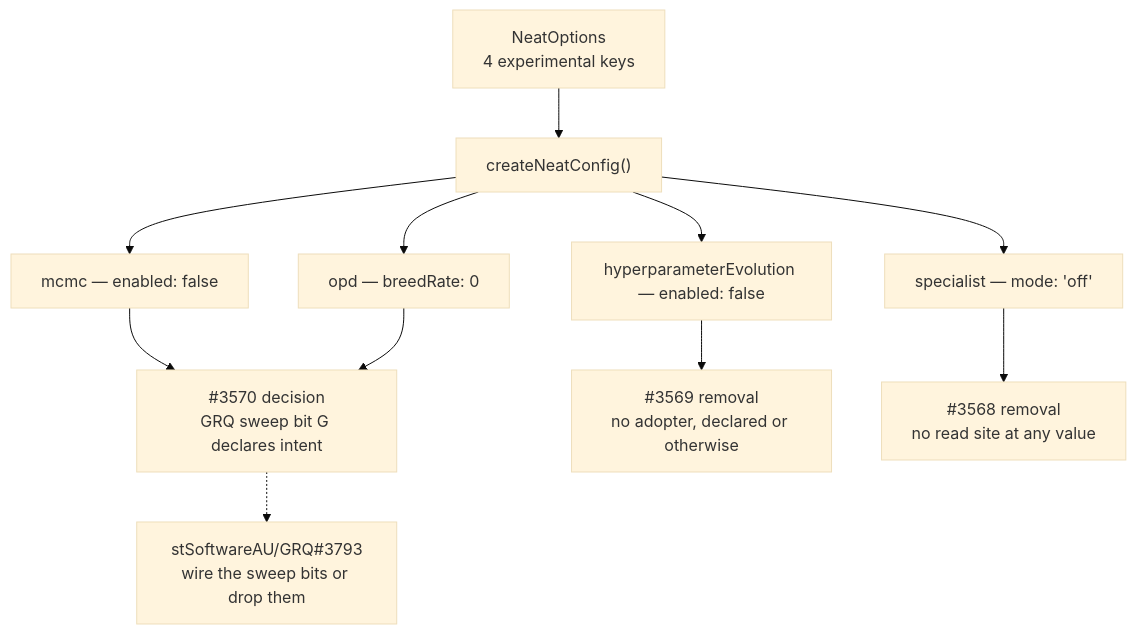
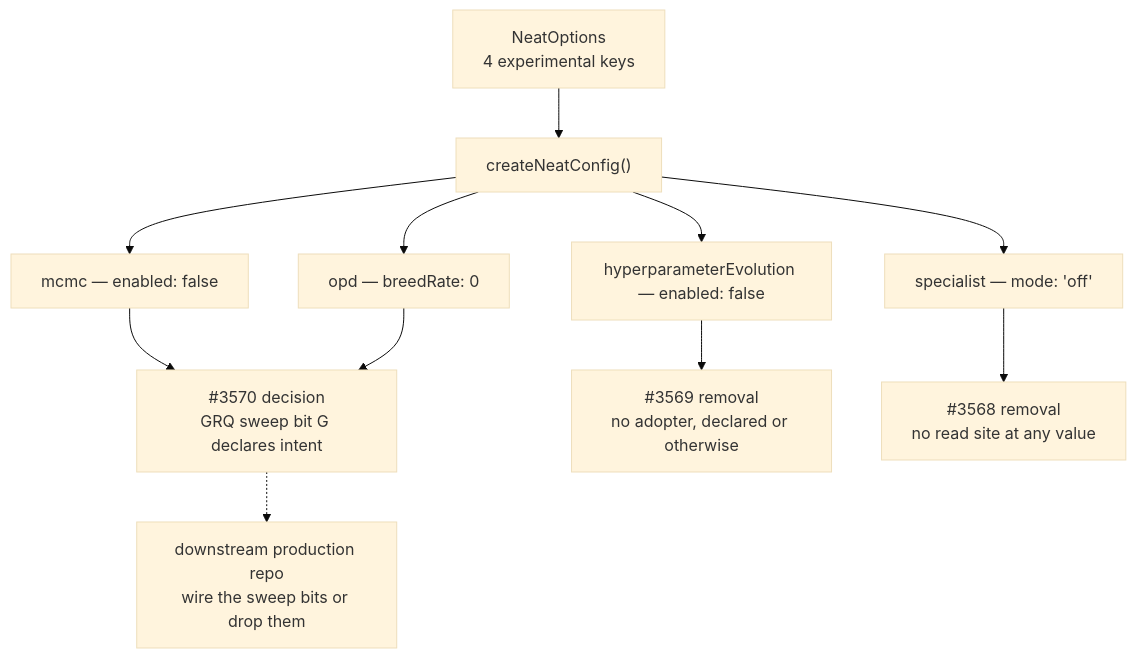
The diagram in docs/archive/pr-summaries/pr-summary-3524.md (stSoftwareAU/NEAT-AI), drawn with Mermaid (base theme) before and after one commit. The commit also changed other lines of this file and 6 other files, not shown here.

````diff
--- a/docs/archive/pr-summaries/pr-summary-3524.md
+++ b/docs/archive/pr-summaries/pr-summary-3524.md
@@ -99,16 +100,16 @@
 ```mermaid
 flowchart TD
     OPT["NeatOptions<br/>4 experimental keys"] --> CFG["createNeatConfig()"]
 
     CFG --> M["mcmc — enabled: false"]
     CFG --> H["hyperparameterEvolution — enabled: false"]
     CFG --> O["opd — breedRate: 0"]
     CFG --> S["specialist — mode: 'off'"]
 
     M --> D1["#3570 decision<br/>GRQ sweep bit G declares intent"]
     O --> D1
     H --> D2["#3569 removal<br/>no adopter, declared or otherwise"]
     S --> D3["#3568 removal<br/>no read site at any value"]
 
-    D1 -.-> GRQ["stSoftwareAU/GRQ#3793<br/>wire the sweep bits or drop them"]
+    D1 -.-> GRQ["downstream production repo<br/>wire the sweep bits or drop them"]
 ```
````
